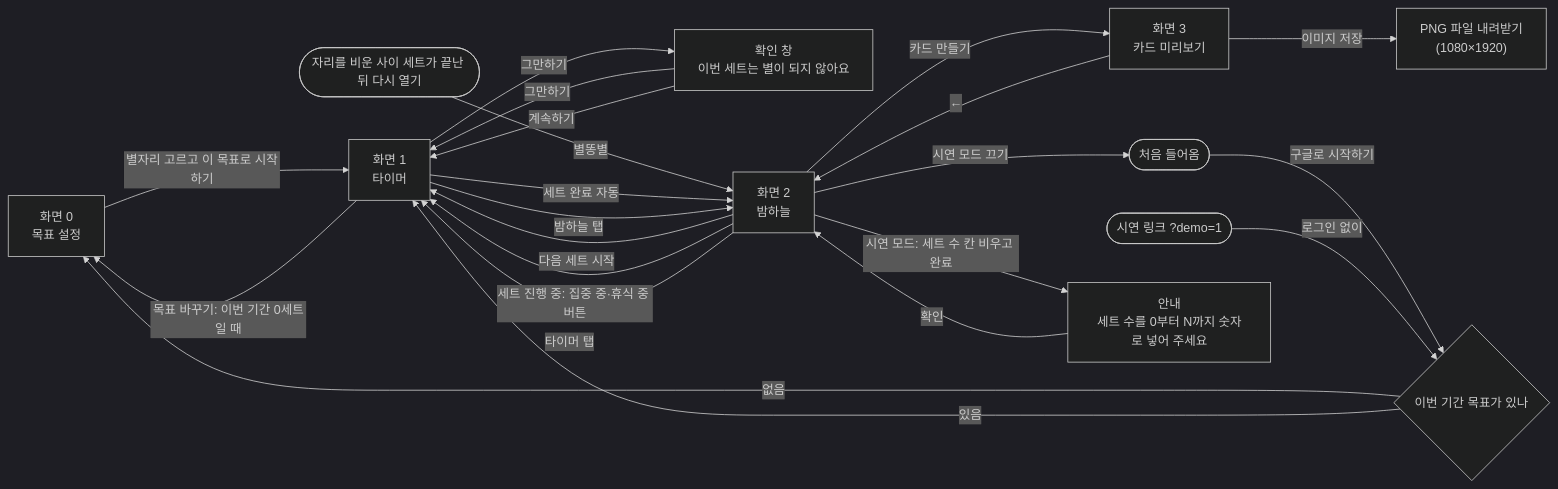
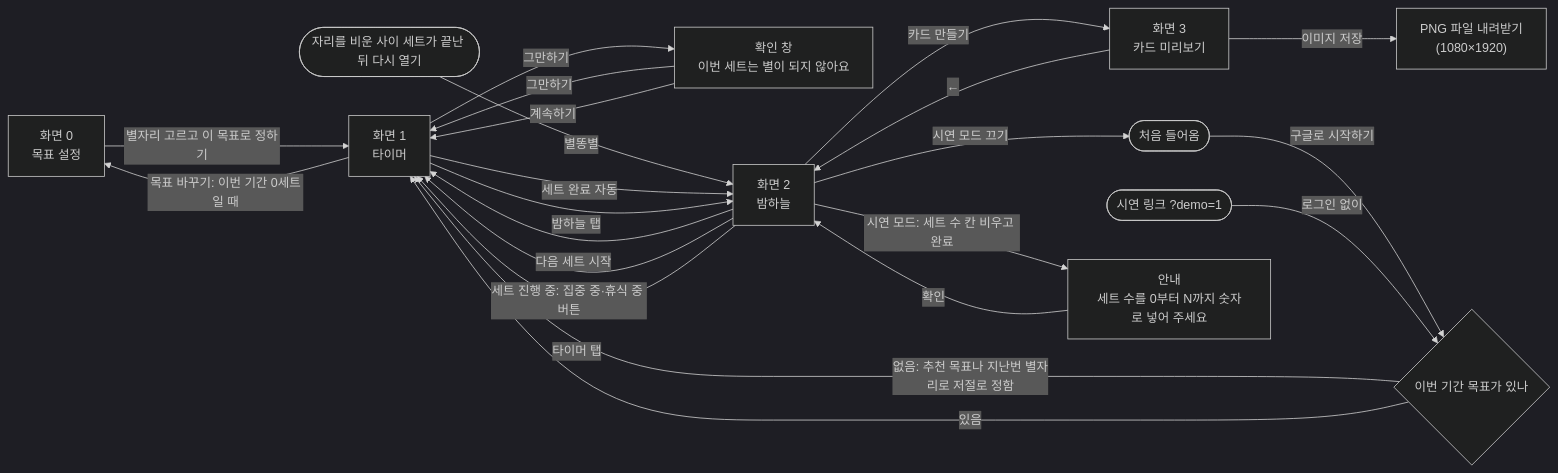
Before and after one commit to gachibom-sketch/b_timer: the first of 2 diagrams in PRD.md, drawn with Mermaid (dark theme). The commit also changed other lines of this file, not shown here.

Commit message:
Update PRD to v5: start on the timer with a recommended goal

````diff
--- a/PRD.md
+++ b/PRD.md
@@ -83,37 +84,37 @@
 ```mermaid
 flowchart LR
     S0["화면 0\n목표 설정"]
     S1["화면 1\n타이머"]
     S1C["확인 창\n이번 세트는 별이 되지 않아요"]
     S2["화면 2\n밤하늘"]
     S3["화면 3\n카드 미리보기"]
     DL["PNG 파일 내려받기\n(1080×1920)"]
 
     START(["처음 들어옴"])
     DEMO(["시연 링크 ?demo=1"])
     GOAL{"이번 기간 목표가 있나"}
     S2E["안내\n세트 수를 0부터 N까지 숫자로 넣어 주세요"]
     BACK(["자리를 비운 사이 세트가 끝난 뒤 다시 열기"])
 
     START -->|구글로 시작하기| GOAL
     DEMO -->|로그인 없이| GOAL
-    GOAL -->|없음| S0
+    GOAL -->|없음: 추천 목표나 지난번 별자리로 저절로 정함| S1
     GOAL -->|있음| S1
-    S0 -->|별자리 고르고 이 목표로 시작하기| S1
+    S0 -->|별자리 고르고 이 목표로 정하기| S1
     S1 -->|목표 바꾸기: 이번 기간 0세트일 때| S0
     BACK -->|별똥별| S2
     S1 -->|세트 완료 자동| S2
     S1 -->|밤하늘 탭| S2
     S1 -->|그만하기| S1C
     S1C -->|그만하기| S1
     S1C -->|계속하기| S1
     S2 -->|다음 세트 시작| S1
     S2 -->|세트 진행 중: 집중 중·휴식 중 버튼| S1
     S2 -->|타이머 탭| S1
     S2 -->|카드 만들기| S3
     S3 -->|←| S2
     S3 -->|이미지 저장| DL
     S2 -->|시연 모드: 세트 수 칸 비우고 완료| S2E
     S2E -->|확인| S2
     S2 -->|시연 모드 끄기| START
 ```
````
